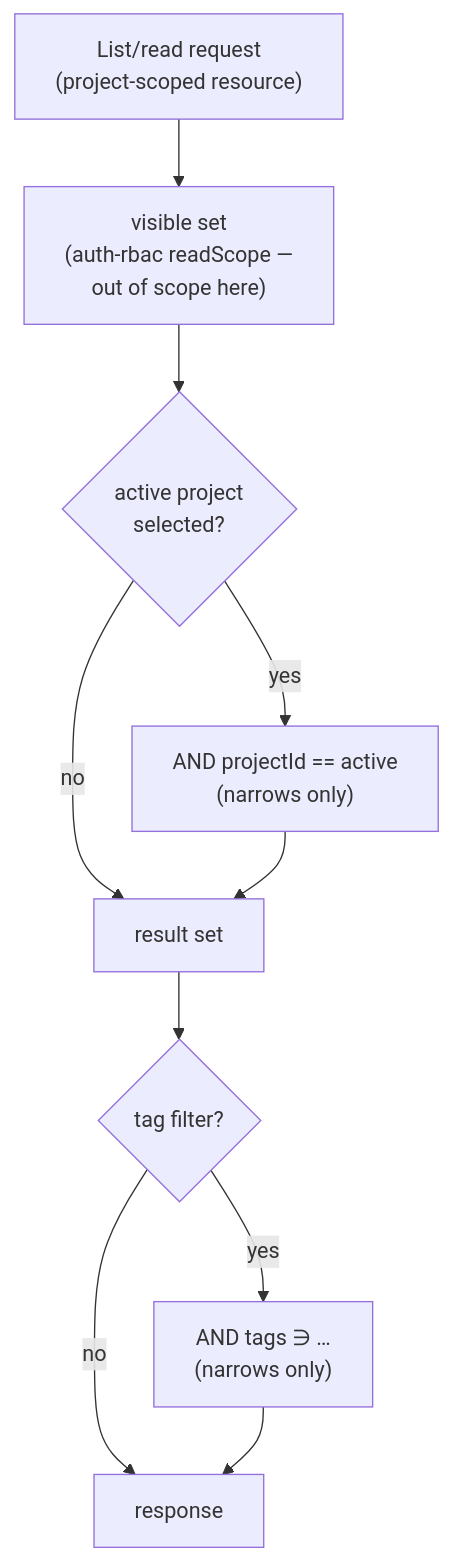
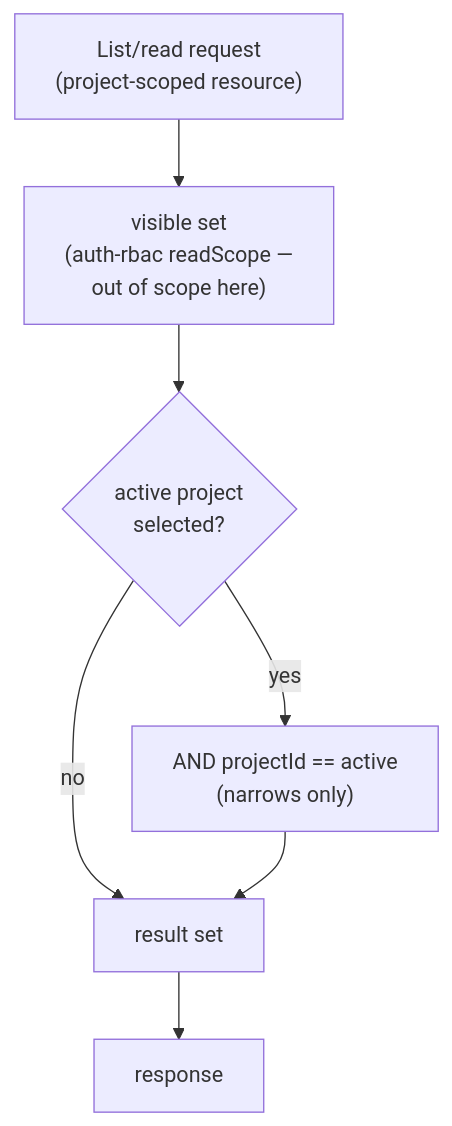
Before and after one commit to Gile987/scope: the second of 3 diagrams in docs/architecture/data-organization.md, drawn with Mermaid. The commit also changed other lines of this file and 2 other files, not shown here.

First line of the commit message:
docs: split cross-cutting tags into companion data-tags.md

````diff
--- a/docs/architecture/data-organization.md
+++ b/docs/architecture/data-organization.md
@@ -264,12 +302,9 @@
 ```mermaid
 flowchart TB
     Q["List/read request<br/>(project-scoped resource)"] --> V["visible set<br/>(auth-rbac readScope —<br/>out of scope here)"]
     V --> C{"active project<br/>selected?"}
     C -- yes --> N["AND projectId == active<br/>(narrows only)"]
     C -- no --> R["result set"]
     N --> R
-    R --> T{"tag filter?"}
-    T -- yes --> TF["AND tags ∋ …<br/>(narrows only)"]
-    T -- no --> OUT["response"]
-    TF --> OUT
+    R --> OUT["response"]
 ```
````
